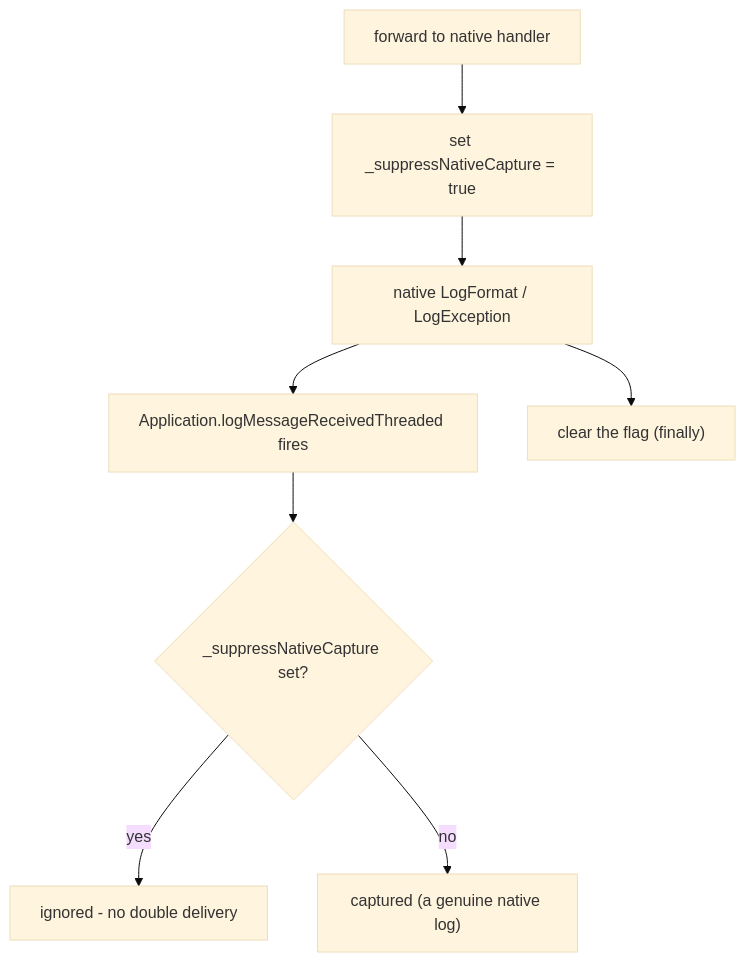
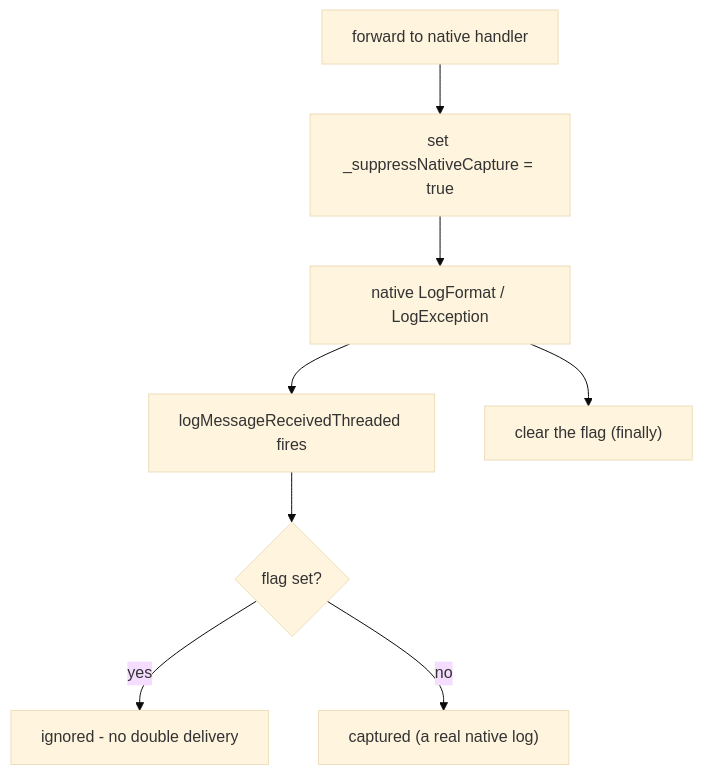
The seventh of 7 diagrams in docs/logging-pipeline.md (Appegy/UniLogger), drawn with Mermaid (base theme) before and after one commit. The commit also changed other lines of this file, not shown here.

Commit message:
docs: simplify log pipeline doc and drop redundant sections

````diff
--- a/docs/logging-pipeline.md
+++ b/docs/logging-pipeline.md
@@ -249,10 +200,10 @@
 ```mermaid
 flowchart TD
     F["forward to native handler"] --> B["set _suppressNativeCapture = true"]
     B --> N["native LogFormat / LogException"]
-    N --> EV["Application.logMessageReceivedThreaded fires"]
-    EV --> CH{"_suppressNativeCapture set?"}
+    N --> EV["logMessageReceivedThreaded fires"]
+    EV --> CH{"flag set?"}
     CH -->|"yes"| IGN["ignored - no double delivery"]
-    CH -->|"no"| CAP2["captured (a genuine native log)"]
+    CH -->|"no"| CAP2["captured (a real native log)"]
     N --> E["clear the flag (finally)"]
 ```
````
